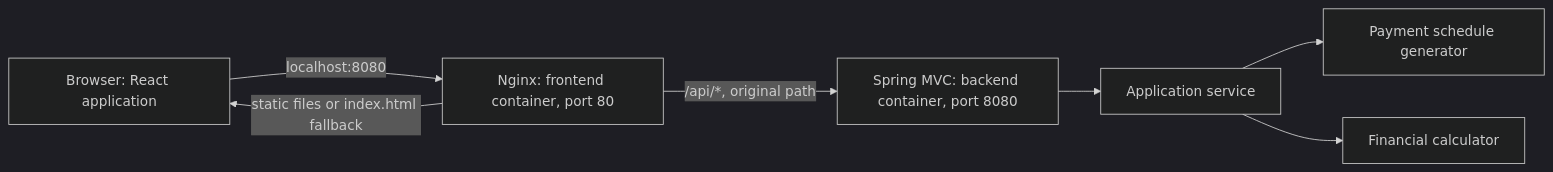
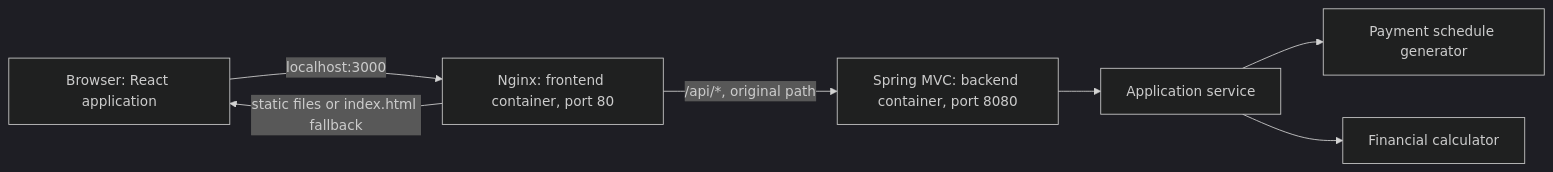
The diagram in docs/architecture.md (PedroScholemberg/loan-calculator), drawn with Mermaid (dark theme) before and after one commit. The commit also changed other lines of this file and 9 other files, not shown here.

````diff
--- a/docs/architecture.md
+++ b/docs/architecture.md
@@ -9,9 +9,9 @@
 ```mermaid
 flowchart LR
-    Browser[Browser: React application] -->|localhost:8080| Nginx[Nginx: frontend container, port 80]
+    Browser[Browser: React application] -->|localhost:3000| Nginx[Nginx: frontend container, port 80]
     Nginx -->|static files or index.html fallback| Browser
     Nginx -->|/api/*, original path| API[Spring MVC: backend container, port 8080]
     API --> Service[Application service]
     Service --> Scheduler[Payment schedule generator]
     Service --> Calculator[Financial calculator]
 ```
````
